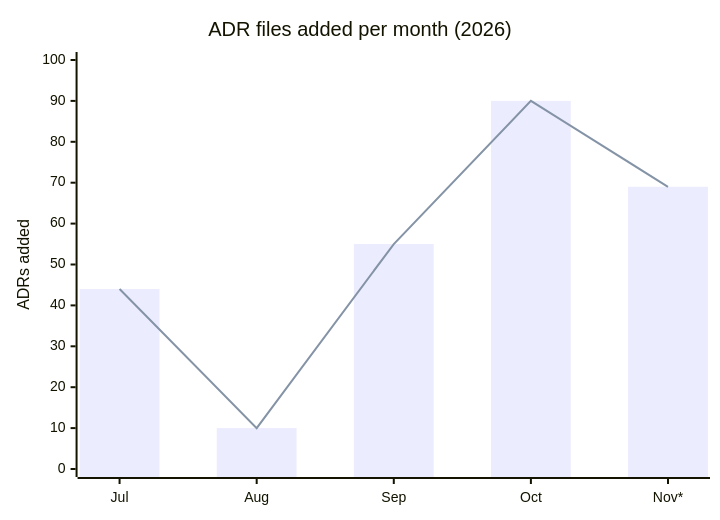
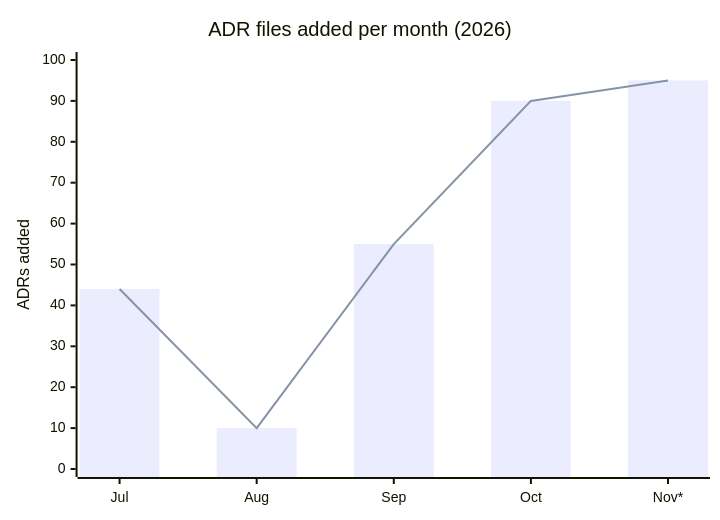
Before and after one commit to mfittko/dev-loops: the eighth of 12 diagrams in docs/atlas/13-numbers.md, drawn with Mermaid. The commit also changed other lines of this file, not shown here.

````diff
--- a/docs/atlas/13-numbers.md
+++ b/docs/atlas/13-numbers.md
@@ -151,8 +151,8 @@
 ```mermaid
 xychart-beta
   title "ADR files added per month (2026)"
   x-axis ["Jul", "Aug", "Sep", "Oct", "Nov*"]
   y-axis "ADRs added" 0 --> 100
-  bar [44, 10, 55, 90, 69]
-  line [44, 10, 55, 90, 69]
+  bar [44, 10, 55, 90, 95]
+  line [44, 10, 55, 90, 95]
 ```
````
